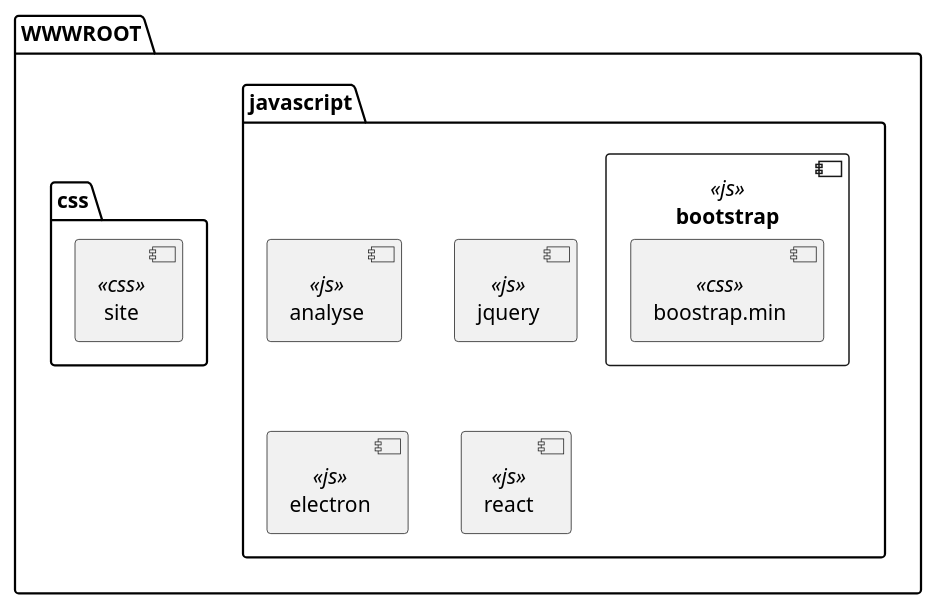
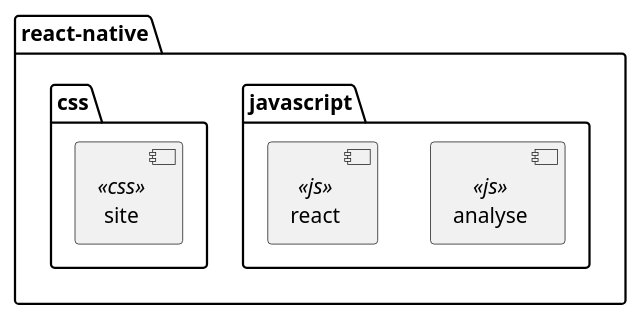
One commit to MainKarl/Rooftop changed the second of 2 diagrams in Docs/Analyse_Sanguine/2_Solution/Composantes.md. Above: the diagram before and after it, drawn with PlantUML. The commit also changed other lines of this file and 2 other files, not shown here.

Commit message:
Correction de diagramme

````diff
--- a/Docs/Analyse_Sanguine/2_Solution/Composantes.md
+++ b/Docs/Analyse_Sanguine/2_Solution/Composantes.md
@@ -19,20 +17,14 @@
 ```plantuml
 @startuml
-package WWWROOT{
+package react-native{
     package javascript {
         component analyse <<js>>
-        component jquery <<js>>
-        component bootstrap <<js>>
-        component electron <<js>>
         component react <<js>>
     }
 
     package css{
         component site <<css>>
-        component bootstrap{
-            component "boostrap.min" <<css>>
-        }
     }
 }
 @enduml
 ```
````
